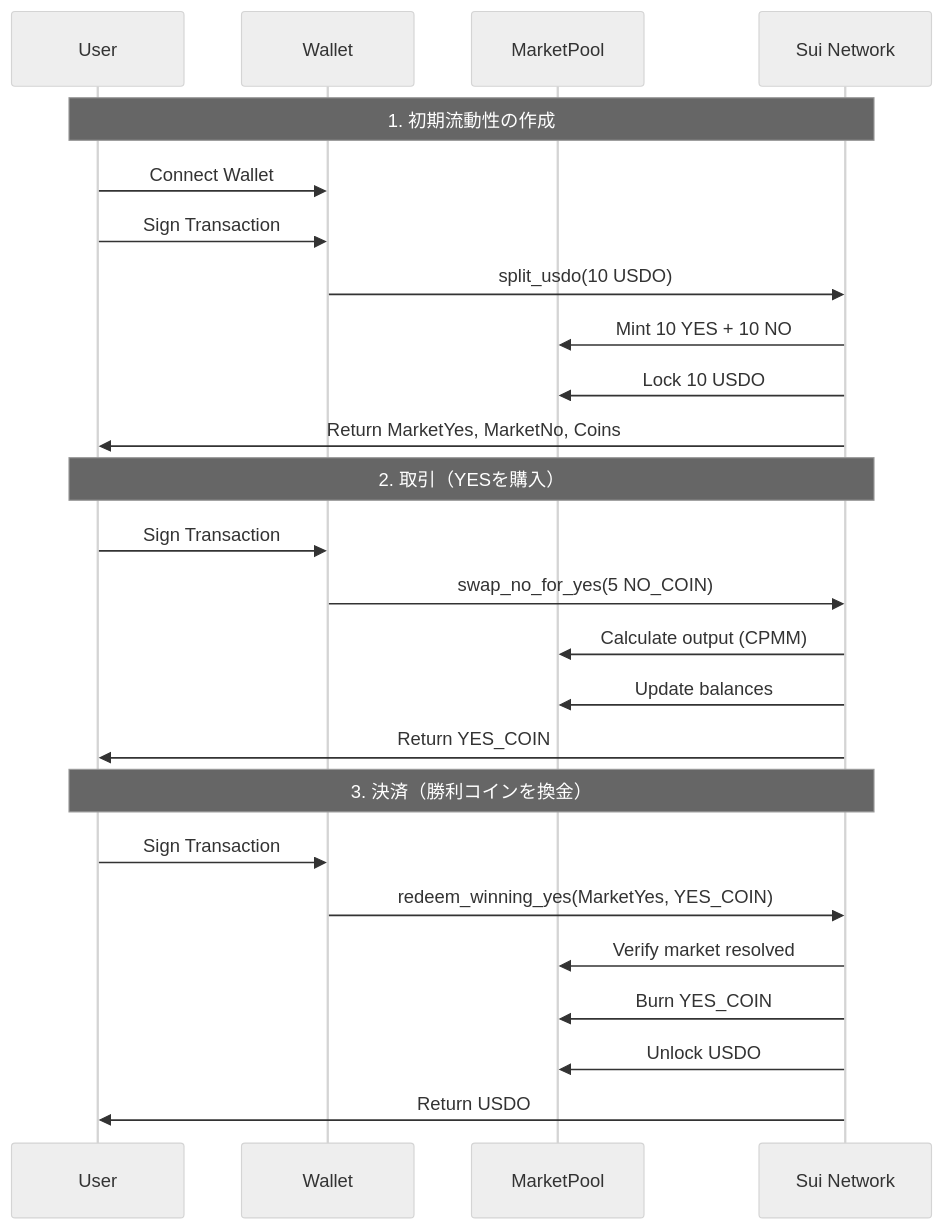
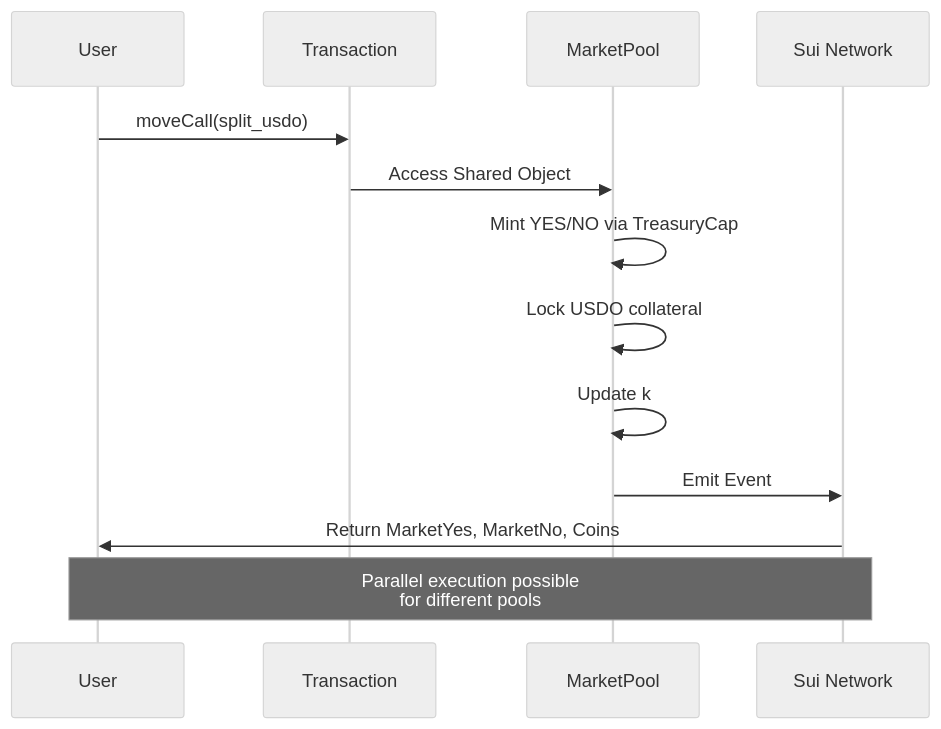
Before and after one commit to uooooo/one-fight-arena-DAO: the fourth of 4 diagrams in docs/CPMM_SLIDES.md, drawn with Mermaid (neutral theme). The commit also changed other lines of this file, not shown here.

Commit message:
docs: condense CPMM slides to 2 technical slides in English

````diff
--- a/docs/CPMM_SLIDES.md
+++ b/docs/CPMM_SLIDES.md
@@ -374,30 +164,17 @@
 ```mermaid
 sequenceDiagram
     participant U as User
-    participant W as Wallet
+    participant T as Transaction
     participant P as MarketPool
     participant S as Sui Network
     
-    Note over U,S: 1. 初期流動性の作成
-    U->>W: Connect Wallet
-    U->>W: Sign Transaction
-    W->>S: split_usdo(10 USDO)
-    S->>P: Mint 10 YES + 10 NO
-    S->>P: Lock 10 USDO
+    U->>T: moveCall(split_usdo)
+    T->>P: Access Shared Object
+    P->>P: Mint YES/NO via TreasuryCap
+    P->>P: Lock USDO collateral
+    P->>P: Update k
+    P->>S: Emit Event
     S->>U: Return MarketYes, MarketNo, Coins
     
-    Note over U,S: 2. 取引（YESを購入）
-    U->>W: Sign Transaction
-    W->>S: swap_no_for_yes(5 NO_COIN)
-    S->>P: Calculate output (CPMM)
-    S->>P: Update balances
-    S->>U: Return YES_COIN
-    
-    Note over U,S: 3. 決済（勝利コインを換金）
-    U->>W: Sign Transaction
-    W->>S: redeem_winning_yes(MarketYes, YES_COIN)
-    S->>P: Verify market resolved
-    S->>P: Burn YES_COIN
-    S->>P: Unlock USDO
-    S->>U: Return USDO
+    Note over U,S: Parallel execution possible<br/>for different pools
 ```
````
